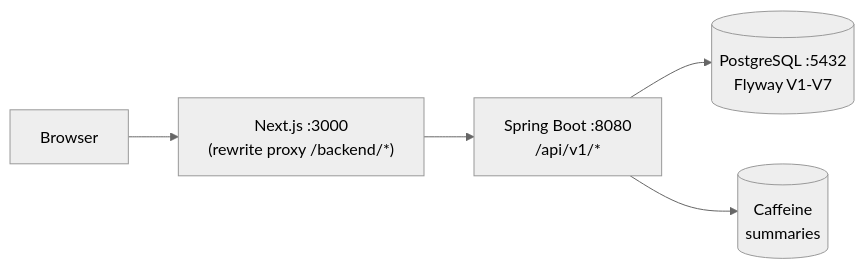
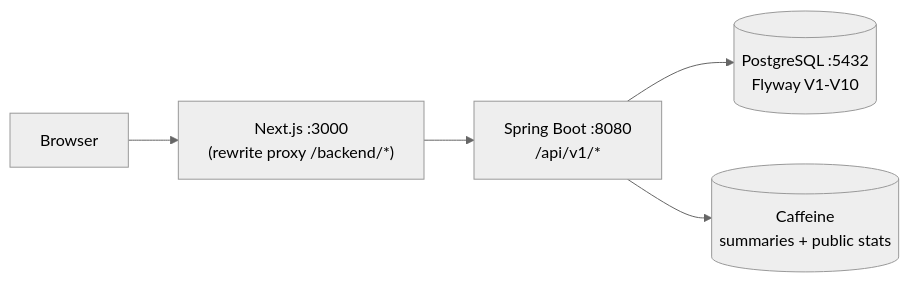
One commit to azerish25-ux/online-banking-simulator changed the diagram in README.md. Above: the diagram before and after it, drawn with Mermaid (neutral theme). The commit also changed other lines of this file and 73 other files, not shown here.

````diff
--- a/README.md
+++ b/README.md
@@ -19,7 +32,7 @@
 ```mermaid
 flowchart LR
     Browser --> Next["Next.js :3000<br/>(rewrite proxy /backend/*)"]
     Next --> API["Spring Boot :8080<br/>/api/v1/*"]
-    API --> PG[("PostgreSQL :5432<br/>Flyway V1-V7")]
-    API --> Cache[("Caffeine<br/>summaries")]
+    API --> PG[("PostgreSQL :5432<br/>Flyway V1-V10")]
+    API --> Cache[("Caffeine<br/>summaries + public stats")]
 ```
````
